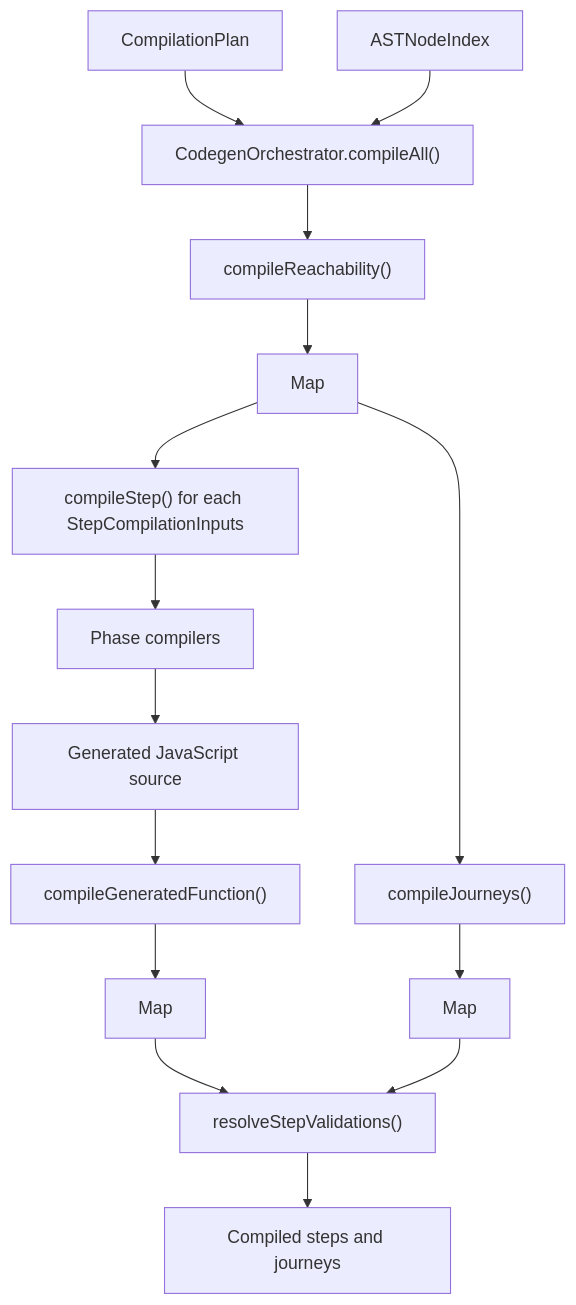
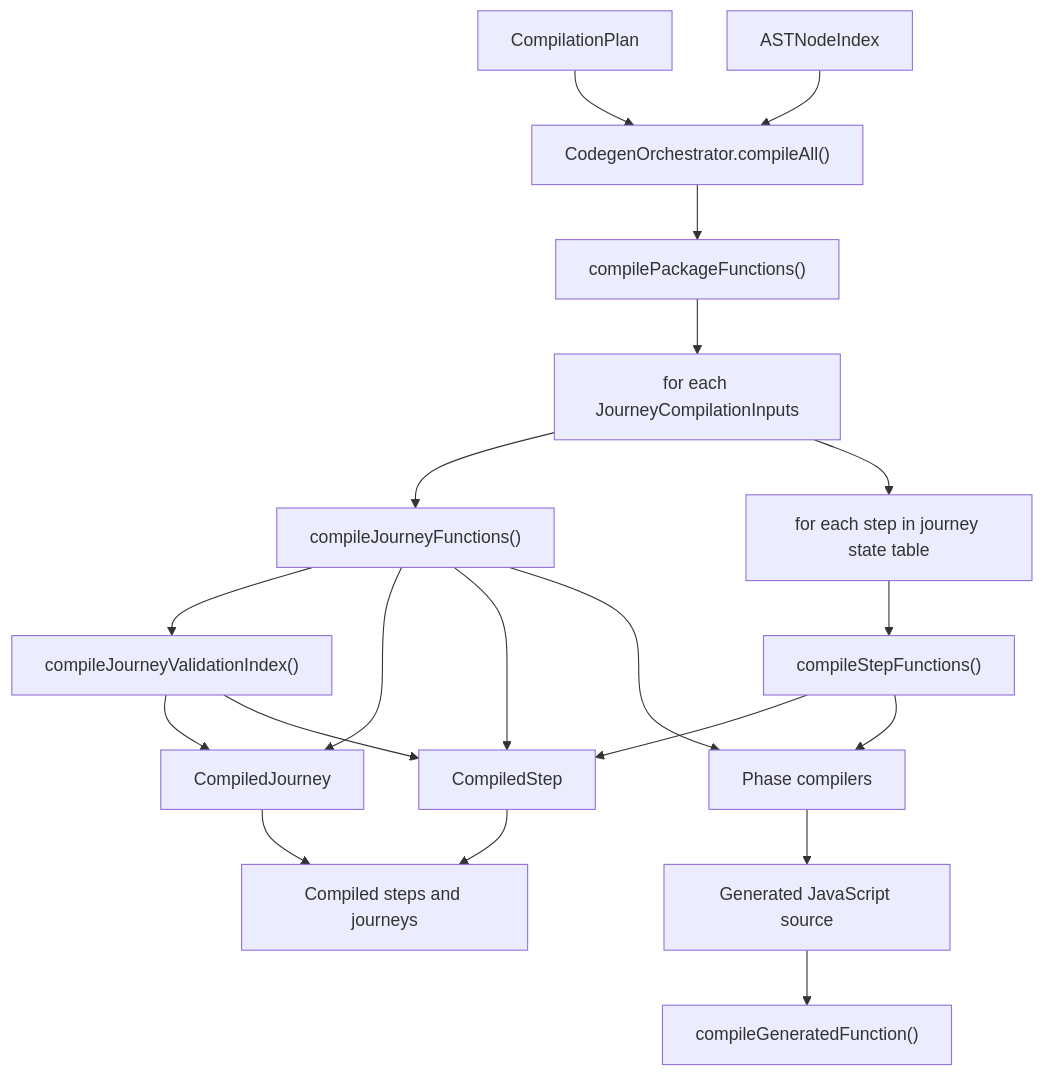
One commit to ministryofjustice/hmpps-forge changed the diagram in packages/forge-core/src/engine/compilation/lowering/README.md. Above: the diagram before and after it, drawn with Mermaid. The commit also changed other lines of this file and 22 other files, not shown here.

````diff
--- a/packages/forge-core/src/engine/compilation/lowering/README.md
+++ b/packages/forge-core/src/engine/compilation/lowering/README.md
@@ -139,17 +145,22 @@
 ```mermaid
 flowchart TD
   compilationPlan["CompilationPlan"] --> orchestrator["CodegenOrchestrator.compileAll()"]
   nodeRegistry["ASTNodeIndex"] --> orchestrator
-  orchestrator --> navigation["compileReachability()"]
-  navigation --> reachabilityByJourney["Map<NodeId, compiled reachability fns>"]
-  reachabilityByJourney --> journeys["compileJourneys()"]
-  journeys --> compiledJourneys["Map<NodeId, CompiledJourney>"]
-  reachabilityByJourney --> steps["compileStep() for each StepCompilationInputs"]
-  steps --> phaseCompilers["Phase compilers"]
+  orchestrator --> packageFunctions["compilePackageFunctions()"]
+  packageFunctions --> journeyLoop["for each JourneyCompilationInputs"]
+  journeyLoop --> journeyFunctions["compileJourneyFunctions()"]
+  journeyFunctions --> validationIndex["compileJourneyValidationIndex()"]
+  journeyFunctions --> compiledJourney["CompiledJourney"]
+  validationIndex --> compiledJourney
+  journeyLoop --> stepLoop["for each step in journey state table"]
+  stepLoop --> stepFunctions["compileStepFunctions()"]
+  stepFunctions --> compiledStep["CompiledStep"]
+  journeyFunctions --> compiledStep
+  validationIndex --> compiledStep
+  journeyFunctions --> phaseCompilers["Phase compilers"]
+  stepFunctions --> phaseCompilers
   phaseCompilers --> source["Generated JavaScript source"]
   source --> generatedFunction["compileGeneratedFunction()"]
-  generatedFunction --> compiledSteps["Map<NodeId, CompiledStep>"]
-  compiledSteps --> validations["resolveStepValidations()"]
-  compiledJourneys --> validations
-  validations --> result["Compiled steps and journeys"]
+  compiledJourney --> result["Compiled steps and journeys"]
+  compiledStep --> result
 ```
````
